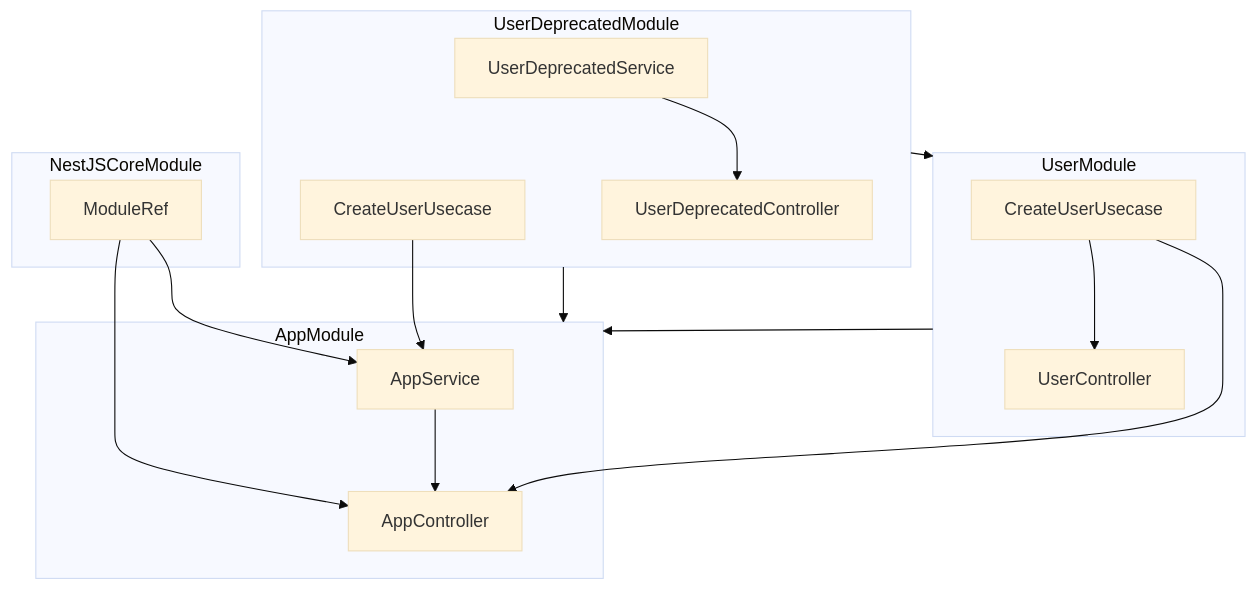
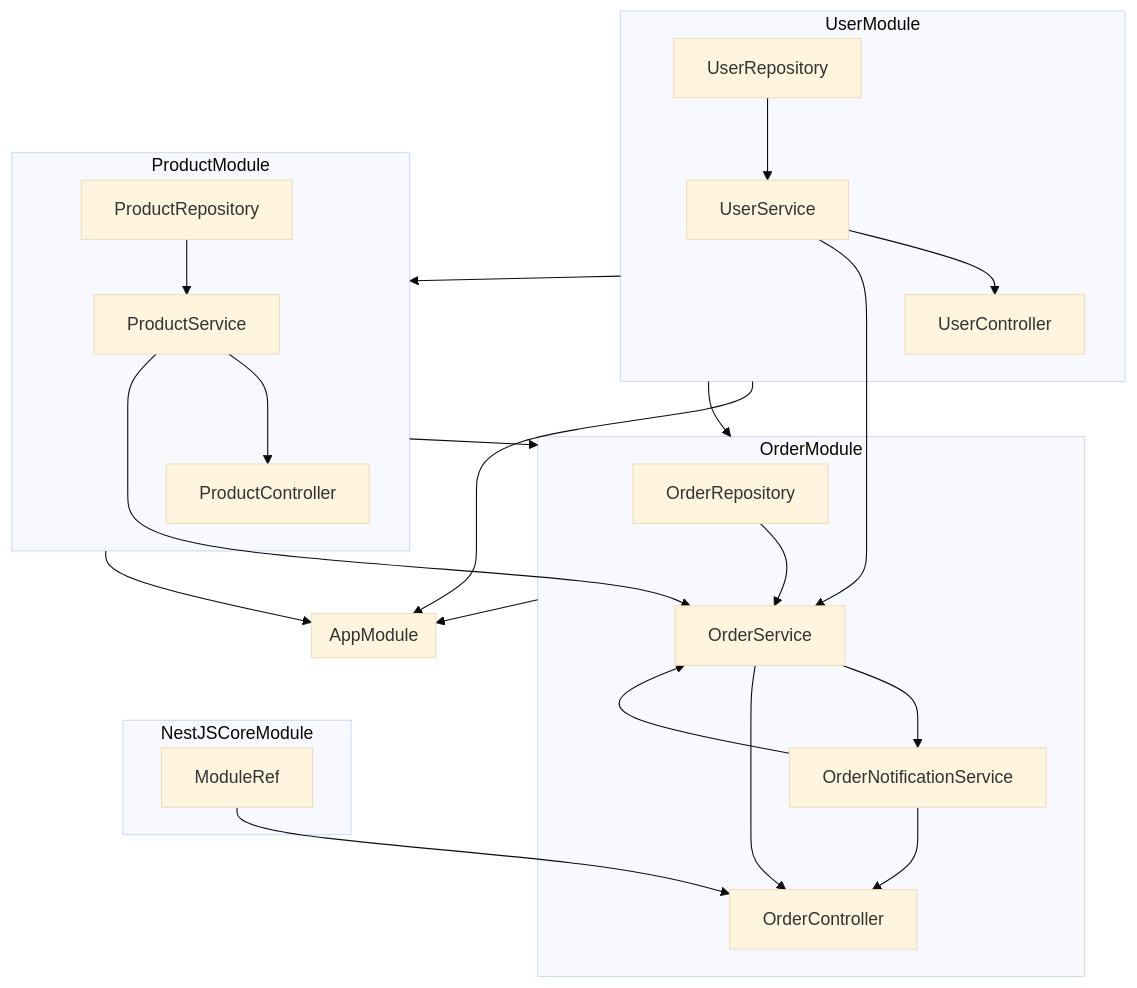
Before and after one commit to albasyir/nest-graph-inspector: the diagram in src/graph-output.md, drawn with Mermaid (base theme). The commit also changed other lines of this file and 22 other files, not shown here.

````diff
--- a/src/graph-output.md
+++ b/src/graph-output.md
@@ -6,30 +6,43 @@
 ```mermaid
 graph TD
 
   subgraph module_group_AppModule["AppModule"]
-    provider_AppModule_AppService["AppService"]
-    controller_AppModule_AppController["AppController"]
   end
   subgraph module_group_UserModule["UserModule"]
-    provider_UserModule_CreateUserUsecase["CreateUserUsecase"]
+    provider_UserModule_UserService["UserService"]
+    provider_UserModule_UserRepository["UserRepository"]
     controller_UserModule_UserController["UserController"]
   end
-  subgraph module_group_UserDeprecatedModule["UserDeprecatedModule"]
-    provider_UserDeprecatedModule_UserDeprecatedService["UserDeprecatedService"]
-    provider_UserDeprecatedModule_CreateUserUsecase["CreateUserUsecase"]
-    controller_UserDeprecatedModule_UserDeprecatedController["UserDeprecatedController"]
+  subgraph module_group_ProductModule["ProductModule"]
+    provider_ProductModule_ProductService["ProductService"]
+    provider_ProductModule_ProductRepository["ProductRepository"]
+    controller_ProductModule_ProductController["ProductController"]
+  end
+  subgraph module_group_OrderModule["OrderModule"]
+    provider_OrderModule_OrderRepository["OrderRepository"]
+    provider_OrderModule_OrderService["OrderService"]
+    provider_OrderModule_OrderNotificationService["OrderNotificationService"]
+    controller_OrderModule_OrderController["OrderController"]
   end
   subgraph module_group_NestJSCoreModule["NestJSCoreModule"]
     provider_NestJSCoreModule_ModuleRef["ModuleRef"]
   end
   module_group_UserModule --> module_group_AppModule
-  module_group_UserDeprecatedModule --> module_group_AppModule
-  provider_UserDeprecatedModule_CreateUserUsecase --> provider_AppModule_AppService
-  provider_NestJSCoreModule_ModuleRef --> provider_AppModule_AppService
-  provider_AppModule_AppService --> controller_AppModule_AppController
-  provider_NestJSCoreModule_ModuleRef --> controller_AppModule_AppController
-  provider_UserModule_CreateUserUsecase --> controller_AppModule_AppController
-  module_group_UserDeprecatedModule --> module_group_UserModule
-  provider_UserModule_CreateUserUsecase --> controller_UserModule_UserController
-  provider_UserDeprecatedModule_UserDeprecatedService --> controller_UserDeprecatedModule_UserDeprecatedController
+  module_group_ProductModule --> module_group_AppModule
+  module_group_OrderModule --> module_group_AppModule
+  provider_UserModule_UserRepository --> provider_UserModule_UserService
+  provider_UserModule_UserService --> controller_UserModule_UserController
+  module_group_UserModule --> module_group_ProductModule
+  provider_ProductModule_ProductRepository --> provider_ProductModule_ProductService
+  provider_ProductModule_ProductService --> controller_ProductModule_ProductController
+  module_group_UserModule --> module_group_OrderModule
+  module_group_ProductModule --> module_group_OrderModule
+  provider_OrderModule_OrderRepository --> provider_OrderModule_OrderService
+  provider_UserModule_UserService --> provider_OrderModule_OrderService
+  provider_ProductModule_ProductService --> provider_OrderModule_OrderService
+  provider_OrderModule_OrderNotificationService --> provider_OrderModule_OrderService
+  provider_OrderModule_OrderService --> provider_OrderModule_OrderNotificationService
+  provider_OrderModule_OrderService --> controller_OrderModule_OrderController
+  provider_NestJSCoreModule_ModuleRef --> controller_OrderModule_OrderController
+  provider_OrderModule_OrderNotificationService --> controller_OrderModule_OrderController
 ```
````
